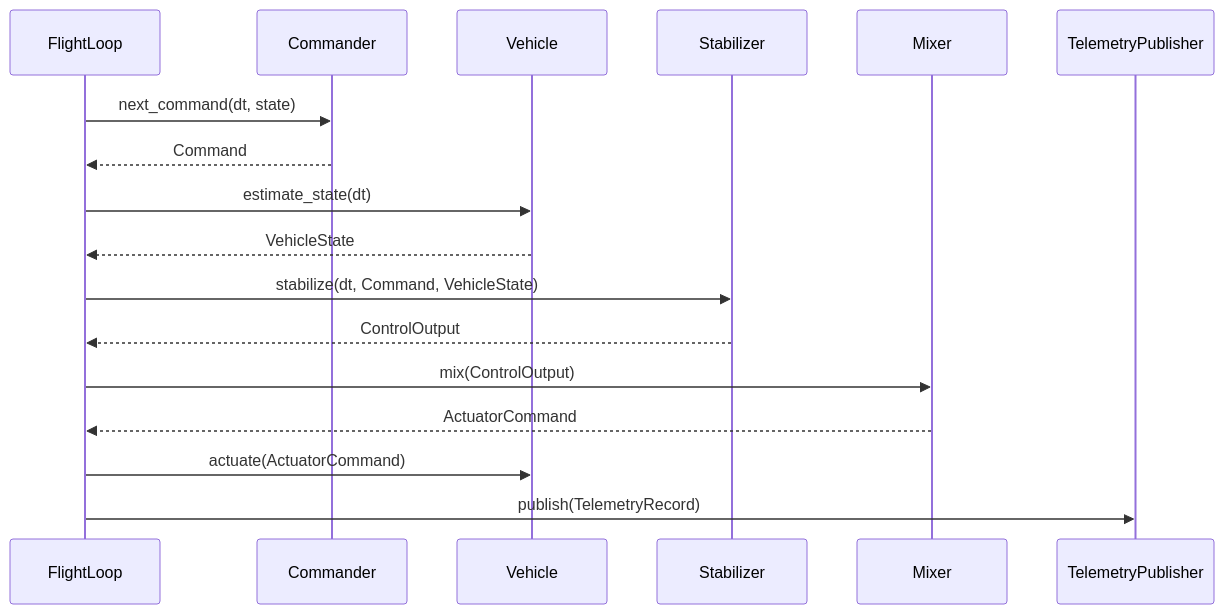
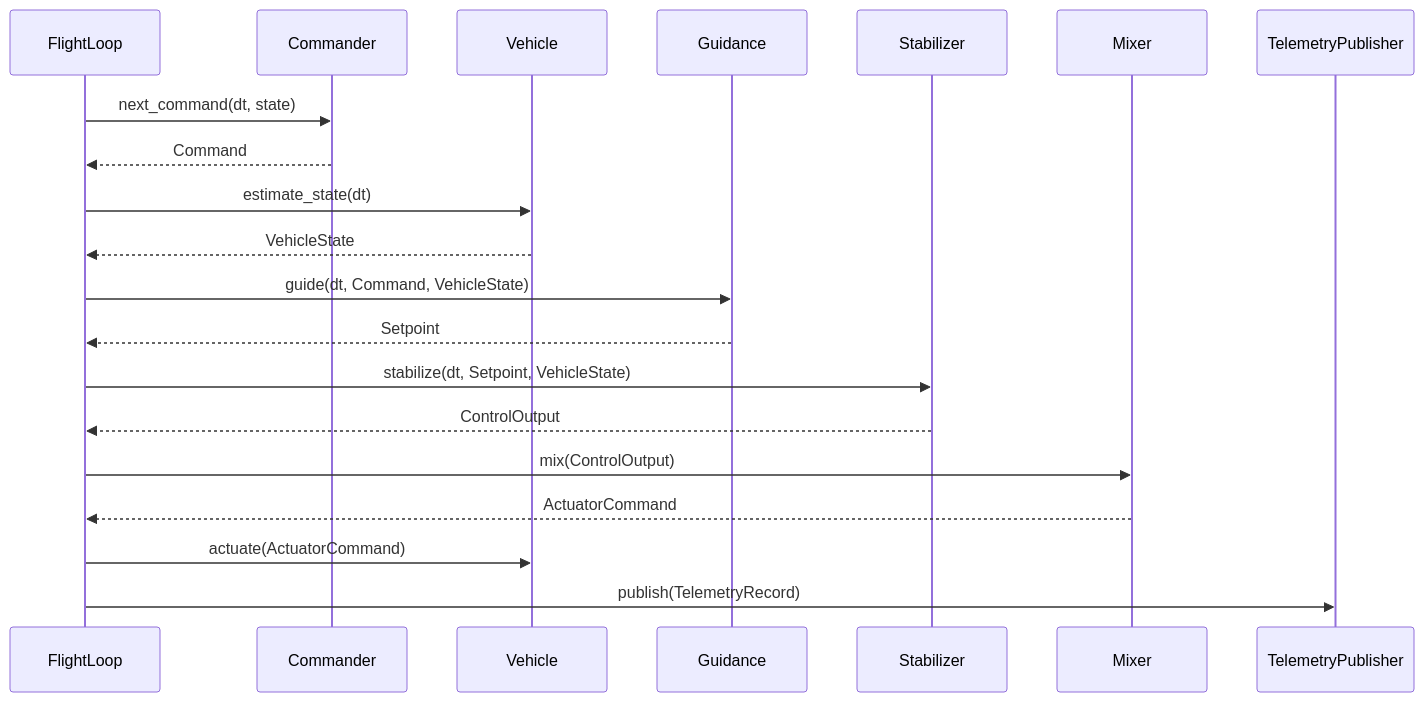
The diagram in architecture.md (wboayue/stable-flight), drawn with Mermaid before and after one commit. The commit also changed other lines of this file and 31 other files, not shown here.

Commit message:
Split Stabilizer into Guidance + inner-loop Stabilizer

````diff
--- a/architecture.md
+++ b/architecture.md
@@ -51,20 +52,23 @@
 ```mermaid
 sequenceDiagram
     participant FlightLoop
     participant Commander
     participant Vehicle
+    participant Guidance
     participant Stabilizer
     participant Mixer
     participant TelemetryPublisher
 
     FlightLoop->>Commander: next_command(dt, state)
     Commander-->>FlightLoop: Command
     FlightLoop->>Vehicle: estimate_state(dt)
     Vehicle-->>FlightLoop: VehicleState
-    FlightLoop->>Stabilizer: stabilize(dt, Command, VehicleState)
+    FlightLoop->>Guidance: guide(dt, Command, VehicleState)
+    Guidance-->>FlightLoop: Setpoint
+    FlightLoop->>Stabilizer: stabilize(dt, Setpoint, VehicleState)
     Stabilizer-->>FlightLoop: ControlOutput
     FlightLoop->>Mixer: mix(ControlOutput)
     Mixer-->>FlightLoop: ActuatorCommand
     FlightLoop->>Vehicle: actuate(ActuatorCommand)
     FlightLoop->>TelemetryPublisher: publish(TelemetryRecord)
 ```
````
